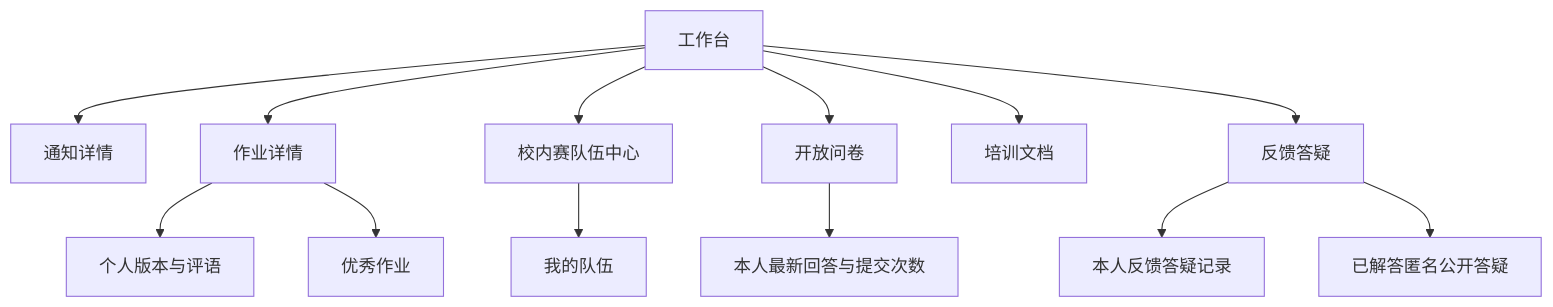
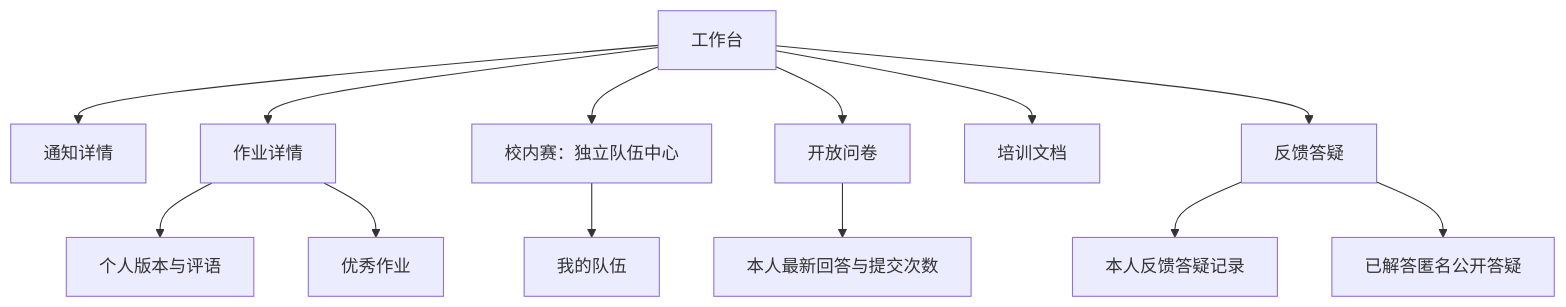
The diagram in .agents/docs/02-information-architecture.md (CosmosMount/homework_system), drawn with Mermaid before and after one commit. The commit also changed other lines of this file and 23 other files, not shown here.

````diff
--- a/.agents/docs/02-information-architecture.md
+++ b/.agents/docs/02-information-architecture.md
@@ -80,15 +77,15 @@
 ```mermaid
 flowchart TD
     Dashboard[工作台] --> Announcement[通知详情]
     Dashboard --> Assignment[作业详情]
-    Dashboard --> Competition[校内赛队伍中心]
+    Dashboard --> TeamCenter[校内赛：独立队伍中心]
     Dashboard --> Intention[开放问卷]
     Dashboard --> Knowledge[培训文档]
     Dashboard --> Help[反馈答疑]
     Assignment --> Submission[个人版本与评语]
-    Competition --> Team[我的队伍]
+    TeamCenter --> Team[我的队伍]
     Intention --> Response[本人最新回答与提交次数]
     Help --> HelpRequest[本人反馈答疑记录]
     Help --> PublicHelp[已解答匿名公开答疑]
     Assignment --> ExcellentWork[优秀作业]
 ```
````
